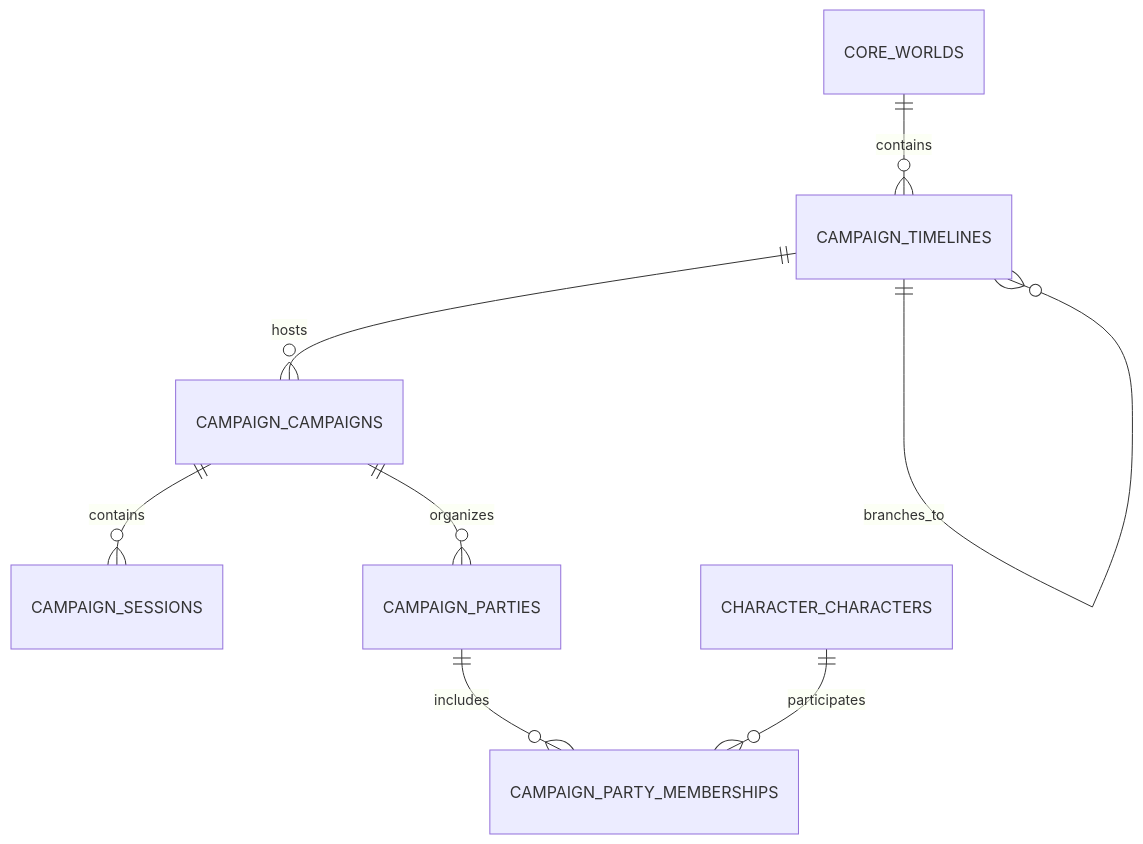
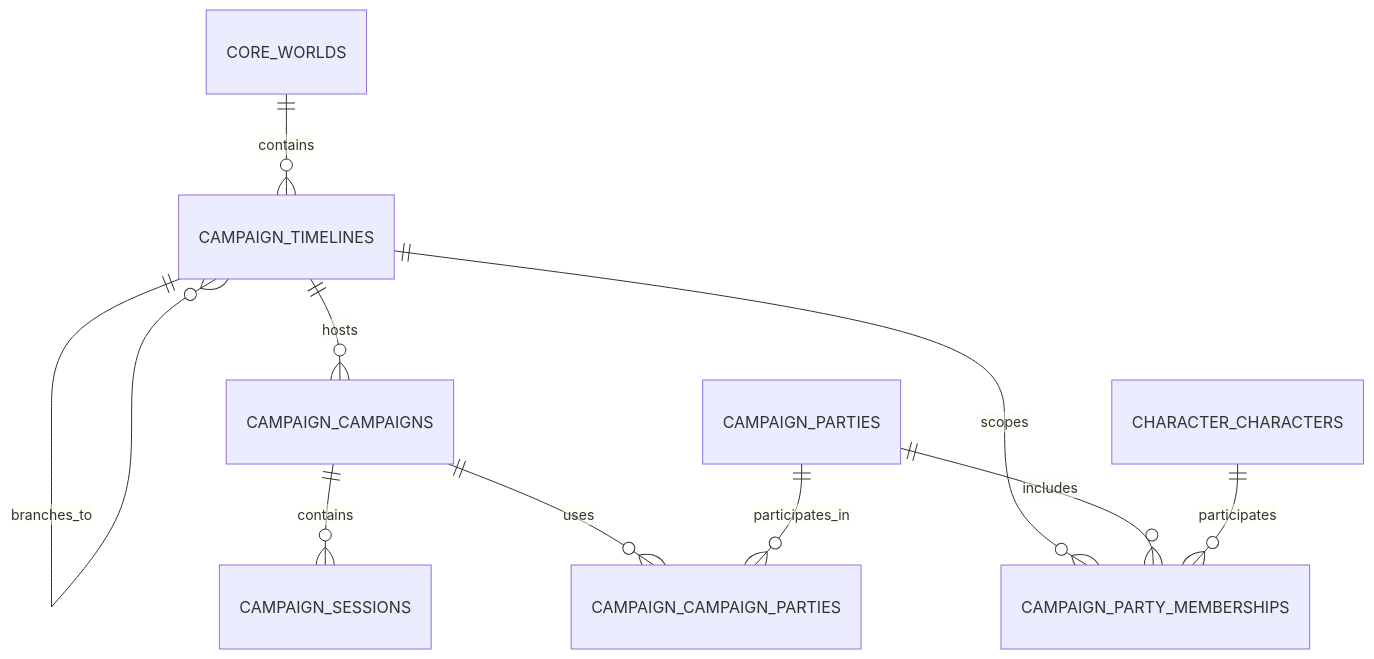
Before and after one commit to NemesisGhost/dnd_ai: the second of 10 diagrams in docs/architecture/DATABASE_MODEL.md, drawn with Mermaid. The commit also changed other lines of this file and 11 other files, not shown here.

````diff
--- a/docs/architecture/DATABASE_MODEL.md
+++ b/docs/architecture/DATABASE_MODEL.md
@@ -202,10 +204,12 @@
 ```mermaid
 erDiagram
     CORE_WORLDS ||--o{ CAMPAIGN_TIMELINES : contains
     CAMPAIGN_TIMELINES ||--o{ CAMPAIGN_TIMELINES : branches_to
     CAMPAIGN_TIMELINES ||--o{ CAMPAIGN_CAMPAIGNS : hosts
     CAMPAIGN_CAMPAIGNS ||--o{ CAMPAIGN_SESSIONS : contains
-    CAMPAIGN_CAMPAIGNS ||--o{ CAMPAIGN_PARTIES : organizes
+    CAMPAIGN_CAMPAIGNS ||--o{ CAMPAIGN_CAMPAIGN_PARTIES : uses
+    CAMPAIGN_PARTIES ||--o{ CAMPAIGN_CAMPAIGN_PARTIES : participates_in
+    CAMPAIGN_TIMELINES ||--o{ CAMPAIGN_PARTY_MEMBERSHIPS : scopes
     CAMPAIGN_PARTIES ||--o{ CAMPAIGN_PARTY_MEMBERSHIPS : includes
     CHARACTER_CHARACTERS ||--o{ CAMPAIGN_PARTY_MEMBERSHIPS : participates
 ```
````
